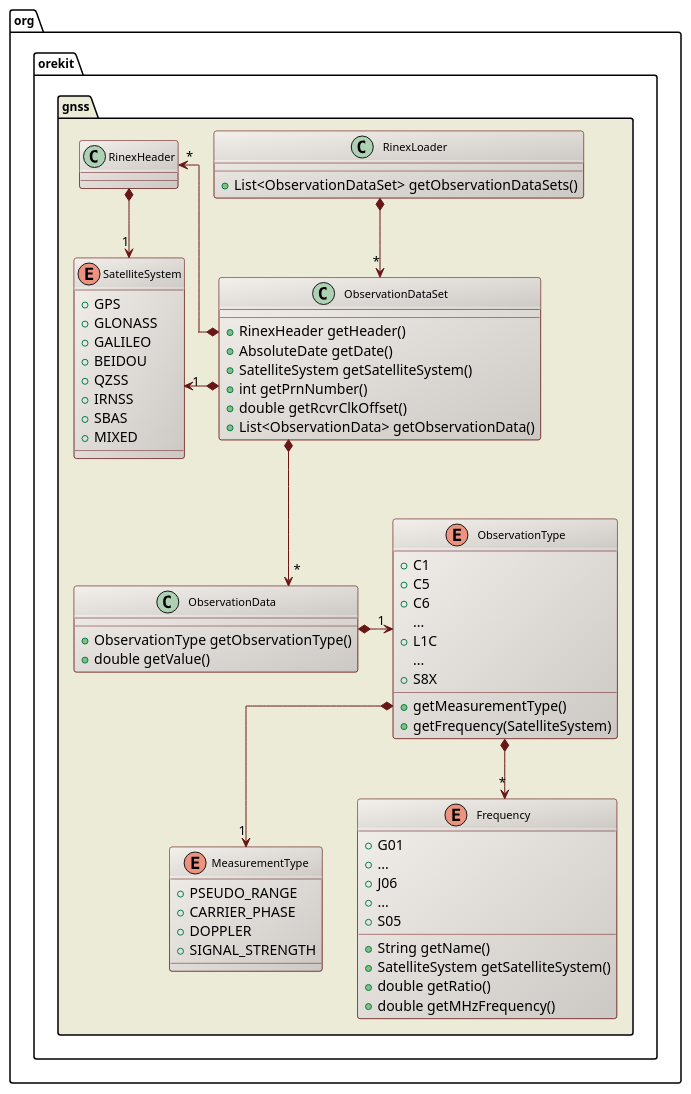
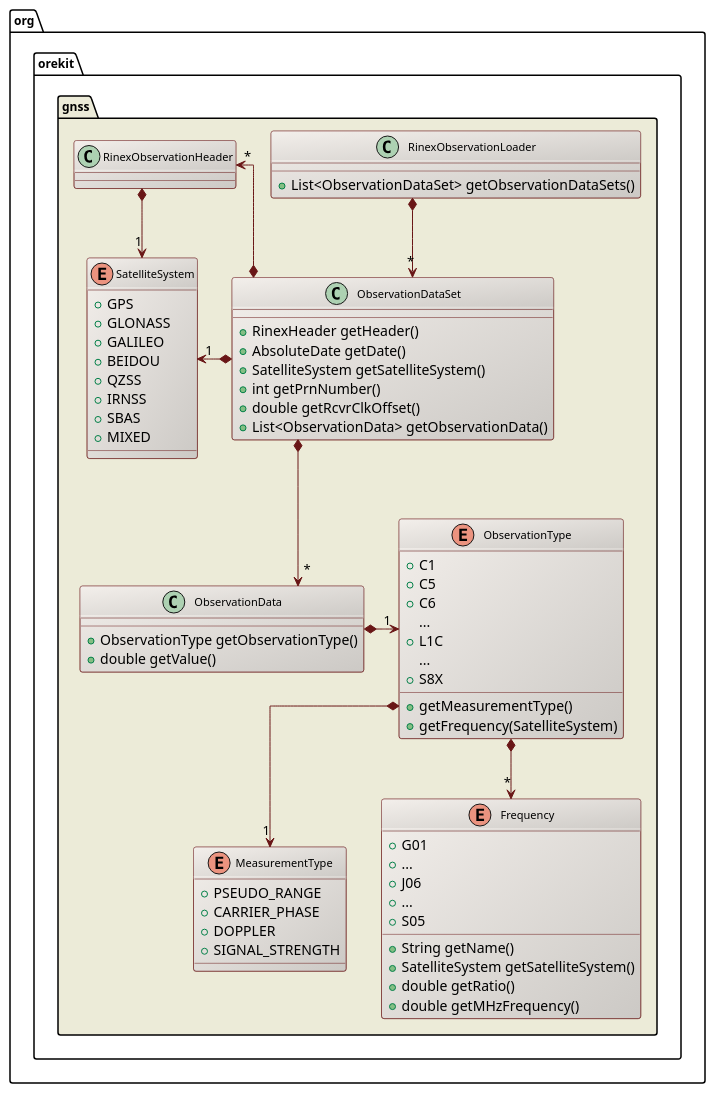
The diagram in src/design/gnss-rinex-class-diagram.puml (CS-SI/Orekit), drawn with PlantUML before and after one commit. The commit also changed 105 other files, not shown here.

```diff
--- a/src/design/gnss-rinex-class-diagram.puml
+++ b/src/design/gnss-rinex-class-diagram.puml
@@ -17,86 +17,86 @@
 @startuml
 
   skinparam svek                  true
   skinparam ClassBackgroundColor  #F3EFEB/CCC9C5
   skinparam ClassArrowColor       #691616
   skinparam ClassBorderColor      #691616
   skinparam NoteBackgroundColor   #F3EFEB
   skinparam NoteBorderColor       #691616
   skinparam NoteFontColor         #691616
   skinparam ClassFontSize         11
   skinparam PackageFontSize       12
   skinparam linetype              ortho
 
   package org.orekit.gnss #ECEBD8 {
 
-    class RinexLoader {
+    class RinexObservationLoader {
       +List<ObservationDataSet> getObservationDataSets()
     }
 
     enum SatelliteSystem {
       +GPS
       +GLONASS
       +GALILEO
       +BEIDOU
       +QZSS
       +IRNSS
       +SBAS
       +MIXED
     }
 
     enum ObservationType {
       +C1
       +C5
       +C6
       ...
       +L1C
       ...
       +S8X
       +getMeasurementType()
       +getFrequency(SatelliteSystem)
     }
 
     enum MeasurementType {
       +PSEUDO_RANGE
       +CARRIER_PHASE
       +DOPPLER
       +SIGNAL_STRENGTH
     }
 
     enum Frequency {
       +G01
       +...
       +J06
       +...
       +S05
       +String getName()
       +SatelliteSystem getSatelliteSystem()
       +double getRatio()
       +double getMHzFrequency()
     }
 
     class ObservationData {
       +ObservationType getObservationType()
       +double getValue()
     }
 
     class ObservationDataSet {
       +RinexHeader getHeader()
       +AbsoluteDate getDate()
       +SatelliteSystem getSatelliteSystem()
       +int getPrnNumber()
       +double getRcvrClkOffset()
       +List<ObservationData> getObservationData()
     }
 
-    ObservationDataSet *-left-> "1" SatelliteSystem
-    RinexHeader        *--> "1" SatelliteSystem
-    RinexHeader        "*" <--* ObservationDataSet
-    RinexLoader        *--> "*" ObservationDataSet
-    ObservationDataSet *--> "*" ObservationData
-    ObservationType  "1" <-left-* ObservationData
-    ObservationType    *--> "1" MeasurementType
-    ObservationType    *--> "*" Frequency
+    ObservationDataSet         *-left-> "1" SatelliteSystem
+    RinexObservationHeader     *-->     "1" SatelliteSystem
+    RinexObservationHeader "*" <--*         ObservationDataSet
+    RinexObservationLoader     *-->     "*" ObservationDataSet
+    ObservationDataSet         *-->     "*" ObservationData
+    ObservationType        "1" <-left-*     ObservationData
+    ObservationType            *-->     "1" MeasurementType
+    ObservationType            *-->     "*" Frequency
   }
 
 @enduml
```
